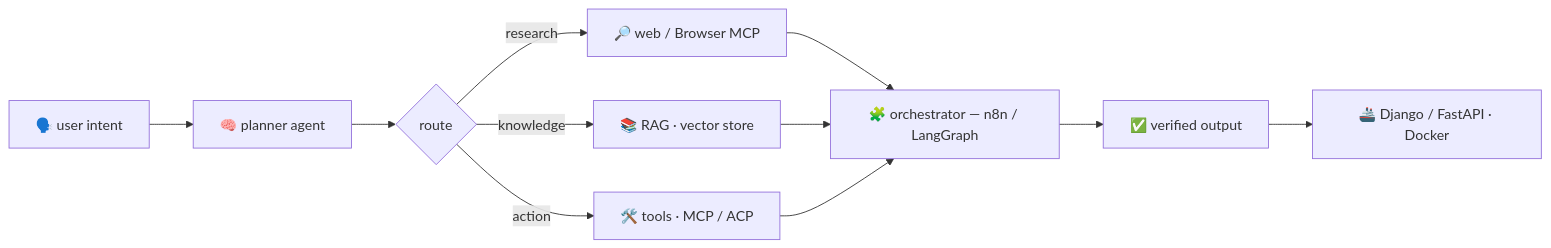
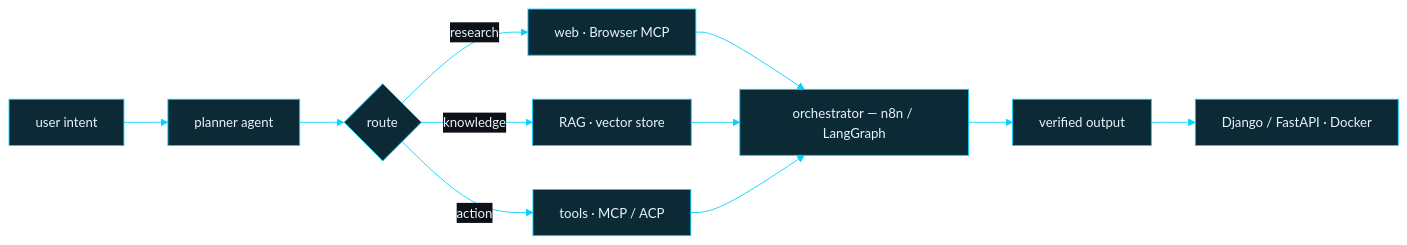
One commit to GhilaniYassine/GhilaniYassine changed the second of 2 diagrams in README.md. Above: the diagram before and after it, drawn with Mermaid. The commit also changed other lines of this file, not shown here.

Commit message:
Fix unreadable timeline on GitHub's dark theme, drop the location tagline
GitHub's dark mermaid theme washes out timeline period/event boxes to pale
pastels with near-white text, so the 2026 column was effectively blank. Both
diagrams now pin an explicit dark/cyan palette via an init directive, which
also makes them match the hero card in either GitHub theme. Emoji removed from
the flowchart labels since they throw off node width measurement.

````diff
--- a/README.md
+++ b/README.md
@@ -273,13 +280,18 @@
 ```mermaid
+%%{init: {'theme':'base','themeVariables':{
+  'primaryColor':'#0b2a36','primaryTextColor':'#e8f4fb','primaryBorderColor':'#00d4ff',
+  'lineColor':'#00d4ff','textColor':'#e8f4fb','fontSize':'15px',
+  'secondaryColor':'#123a4a','tertiaryColor':'#0d1117',
+  'edgeLabelBackground':'#0d1117','clusterBkg':'#0d1117','clusterBorder':'#00d4ff'}}}%%
 flowchart LR
-    A["🗣️ user intent"] --> B["🧠 planner agent"]
+    A["user intent"] --> B["planner agent"]
     B --> C{"route"}
-    C -->|"research"| D["🔎 web / Browser MCP"]
-    C -->|"knowledge"| E["📚 RAG · vector store"]
-    C -->|"action"| F["🛠️ tools · MCP / ACP"]
-    D --> G["🧩 orchestrator — n8n / LangGraph"]
+    C -->|research| D["web · Browser MCP"]
+    C -->|knowledge| E["RAG · vector store"]
+    C -->|action| F["tools · MCP / ACP"]
+    D --> G["orchestrator — n8n / LangGraph"]
     E --> G
     F --> G
-    G --> H["✅ verified output"]
-    H --> I["🚢 Django / FastAPI · Docker"]
+    G --> H["verified output"]
+    H --> I["Django / FastAPI · Docker"]
 ```
````
